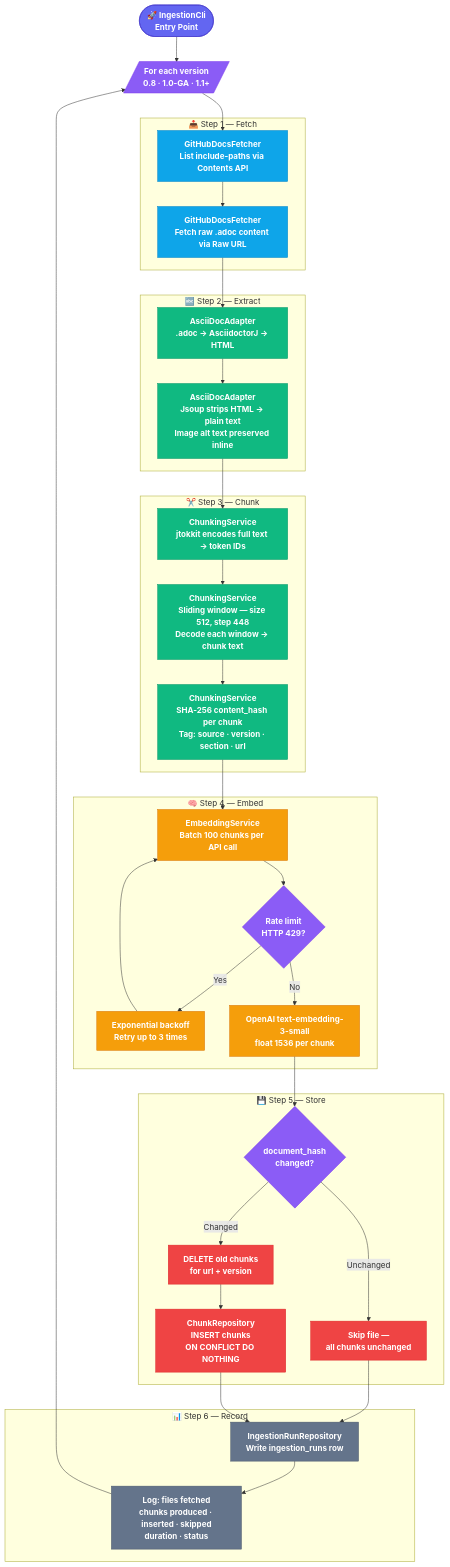
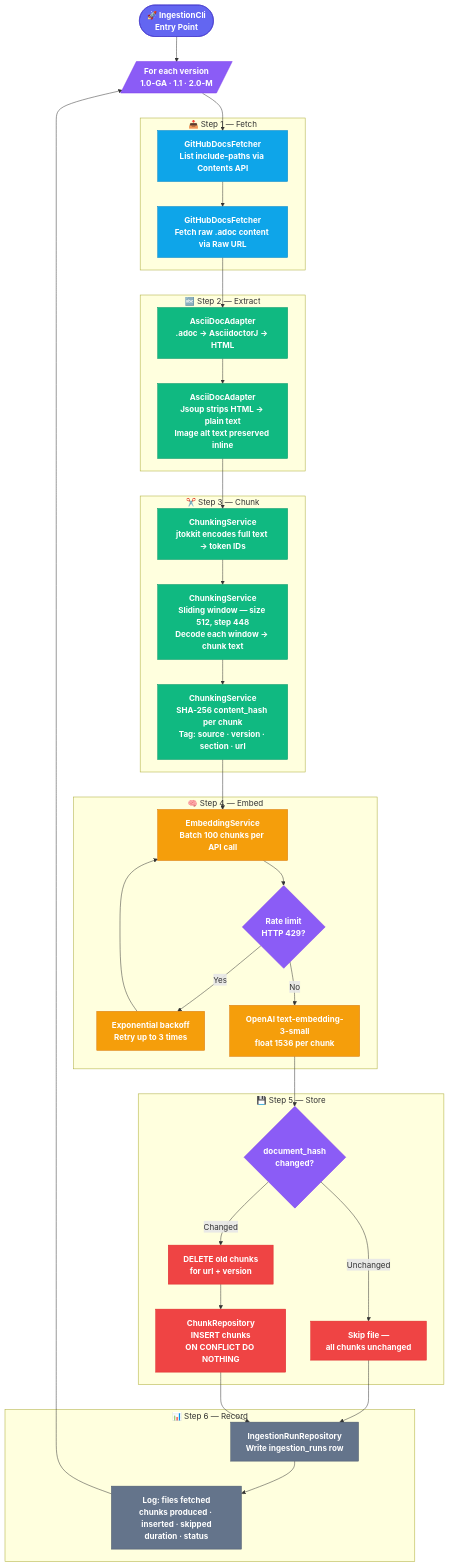
One commit to gopalvramana/atlas changed the diagram in docs/ingestion-pipeline.md. Above: the diagram before and after it, drawn with Mermaid. The commit also changed other lines of this file and 1 other file, not shown here.

First line of the commit message:
Replace 0.8 version with 2.0-M — 0.8.x branch does not exist in repo

````diff
--- a/docs/ingestion-pipeline.md
+++ b/docs/ingestion-pipeline.md
@@ -13,70 +13,70 @@
 ```mermaid
 flowchart TD
     classDef entry fill:#6366f1,stroke:#4338ca,color:#fff,font-weight:bold
     classDef fetch fill:#0ea5e9,stroke:#0284c7,color:#fff,font-weight:bold
     classDef process fill:#10b981,stroke:#059669,color:#fff,font-weight:bold
     classDef embed fill:#f59e0b,stroke:#d97706,color:#fff,font-weight:bold
     classDef store fill:#ef4444,stroke:#dc2626,color:#fff,font-weight:bold
     classDef decision fill:#8b5cf6,stroke:#7c3aed,color:#fff,font-weight:bold
     classDef record fill:#64748b,stroke:#475569,color:#fff,font-weight:bold
 
     A([🚀 IngestionCli\nEntry Point]):::entry
-    B[/For each version\n0.8 · 1.0-GA · 1.1+/]:::decision
+    B[/For each version\n1.0-GA · 1.1 · 2.0-M/]:::decision
 
     subgraph FETCH ["📥 Step 1 — Fetch"]
         C[GitHubDocsFetcher\nList include-paths via Contents API]:::fetch
         D[GitHubDocsFetcher\nFetch raw .adoc content via Raw URL]:::fetch
     end
 
     subgraph EXTRACT ["🔤 Step 2 — Extract"]
         E[AsciiDocAdapter\n.adoc → AsciidoctorJ → HTML]:::process
         F[AsciiDocAdapter\nJsoup strips HTML → plain text\nImage alt text preserved inline]:::process
     end
 
     subgraph CHUNK ["✂️ Step 3 — Chunk"]
         G[ChunkingService\njtokkit encodes full text → token IDs]:::process
         H[ChunkingService\nSliding window — size 512, step 448\nDecode each window → chunk text]:::process
         I[ChunkingService\nSHA-256 content_hash per chunk\nTag: source · version · section · url]:::process
     end
 
     subgraph EMBED ["🧠 Step 4 — Embed"]
         J[EmbeddingService\nBatch 100 chunks per API call]:::embed
         K{Rate limit\nHTTP 429?}:::decision
         L[Exponential backoff\nRetry up to 3 times]:::embed
         M[OpenAI text-embedding-3-small\nfloat 1536 per chunk]:::embed
     end
 
     subgraph STORE ["💾 Step 5 — Store"]
         N{document_hash\nchanged?}:::decision
         NA[Skip file —\nall chunks unchanged]:::store
         NB[DELETE old chunks\nfor url + version]:::store
         NC[ChunkRepository\nINSERT chunks\nON CONFLICT DO NOTHING]:::store
     end
 
     subgraph RECORD ["📊 Step 6 — Record"]
         R[IngestionRunRepository\nWrite ingestion_runs row]:::record
         S[Log: files fetched\nchunks produced · inserted · skipped\nduration · status]:::record
     end
 
     A --> B
     B --> C
     C --> D
     D --> E
     E --> F
     F --> G
     G --> H
     H --> I
     I --> J
     J --> K
     K -- Yes --> L
     L --> J
     K -- No --> M
     M --> N
     N -- Unchanged --> NA
     N -- Changed --> NB
     NB --> NC
     NA --> R
     NC --> R
     R --> S
     S --> B
 ```
````
